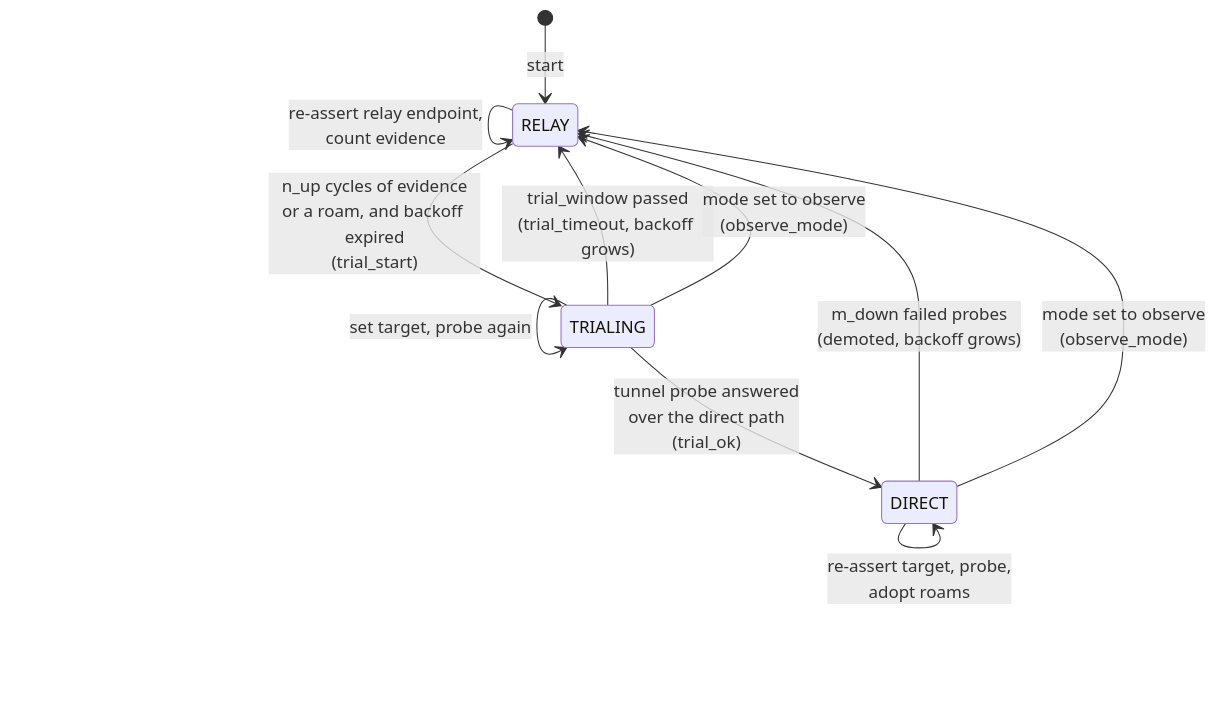
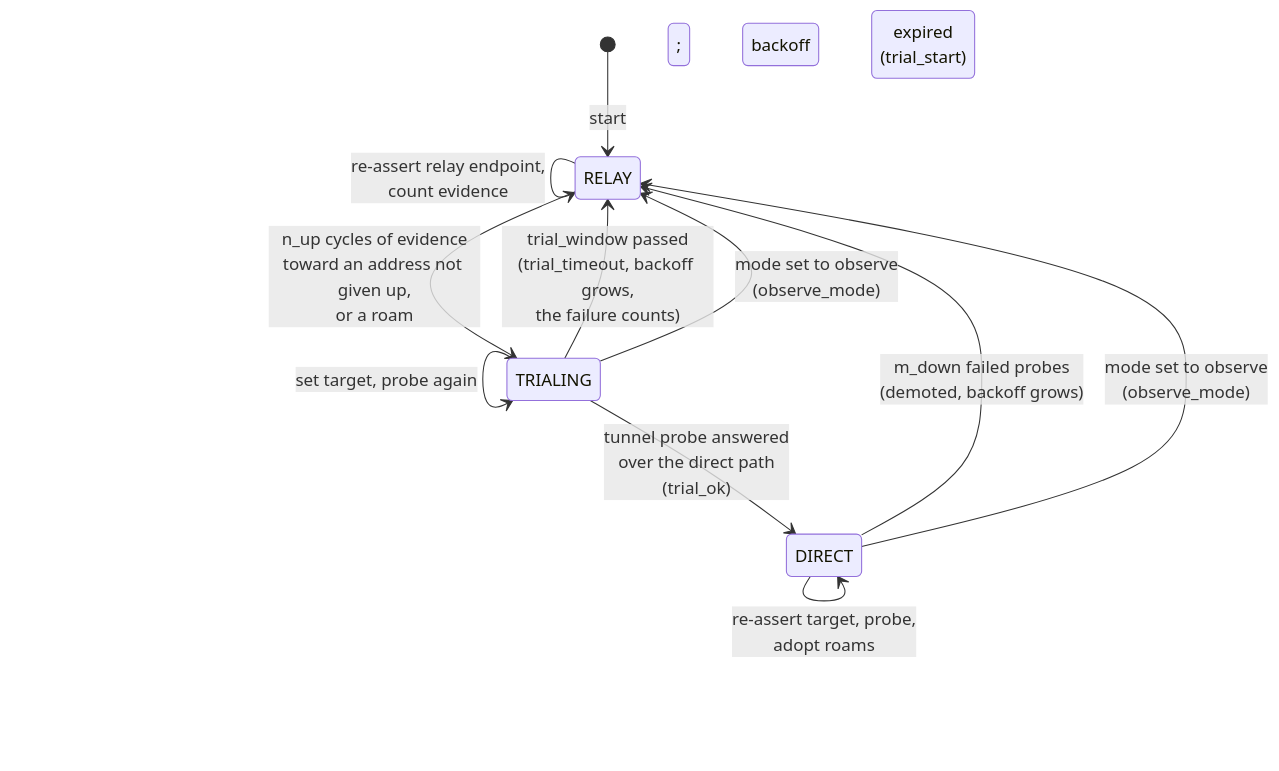
Before and after one commit to m00qek/wgpathd: the first of 2 diagrams in docs/explanation/state-machine.md, drawn with Mermaid. The commit also changed other lines of this file and 9 other files, not shown here.

````diff
--- a/docs/explanation/state-machine.md
+++ b/docs/explanation/state-machine.md
@@ -9,13 +9,13 @@
 ```mermaid
 stateDiagram-v2
     [*] --> RELAY: start
     RELAY --> RELAY: re-assert relay endpoint,<br/>count evidence
-    RELAY --> TRIALING: n_up cycles of evidence<br/>or a roam, and backoff expired<br/>(trial_start)
+    RELAY --> TRIALING: n_up cycles of evidence<br/>toward an address not given up,<br/>or a roam; backoff expired<br/>(trial_start)
     TRIALING --> TRIALING: set target, probe again
     TRIALING --> DIRECT: tunnel probe answered<br/>over the direct path<br/>(trial_ok)
-    TRIALING --> RELAY: trial_window passed<br/>(trial_timeout, backoff grows)
+    TRIALING --> RELAY: trial_window passed<br/>(trial_timeout, backoff grows,<br/>the failure counts)
     DIRECT --> DIRECT: re-assert target, probe,<br/>adopt roams
     DIRECT --> RELAY: m_down failed probes<br/>(demoted, backoff grows)
     TRIALING --> RELAY: mode set to observe<br/>(observe_mode)
     DIRECT --> RELAY: mode set to observe<br/>(observe_mode)
 ```
````
